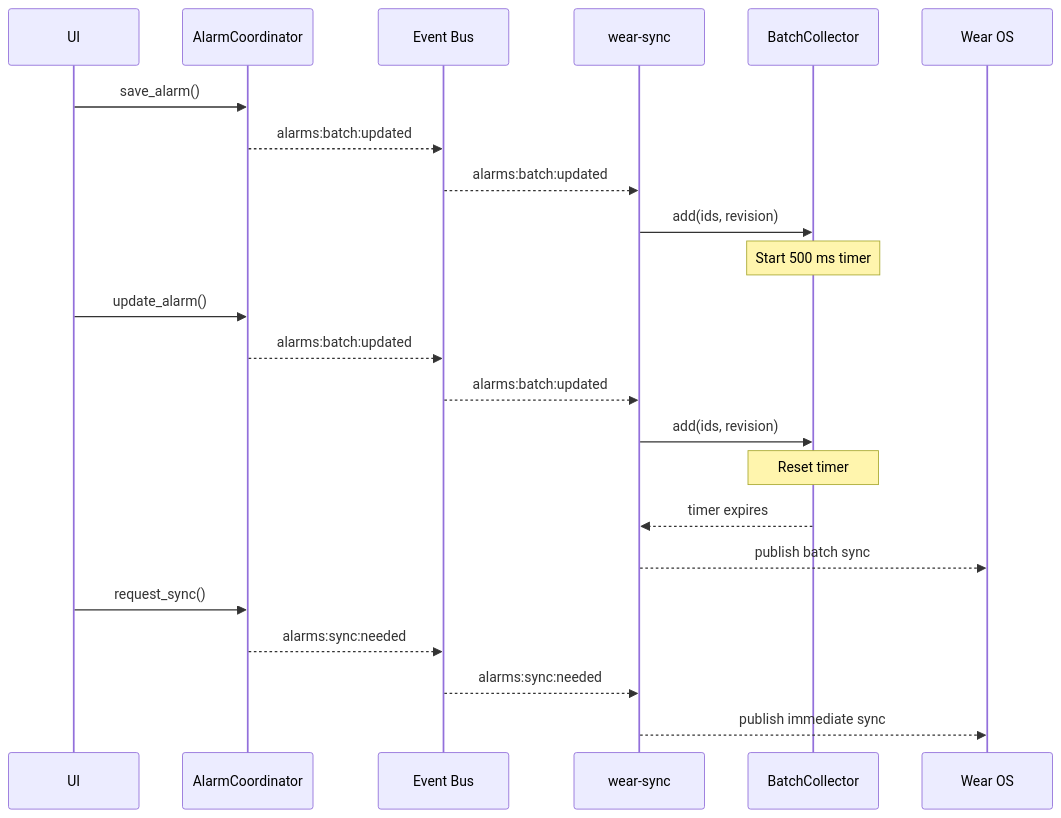
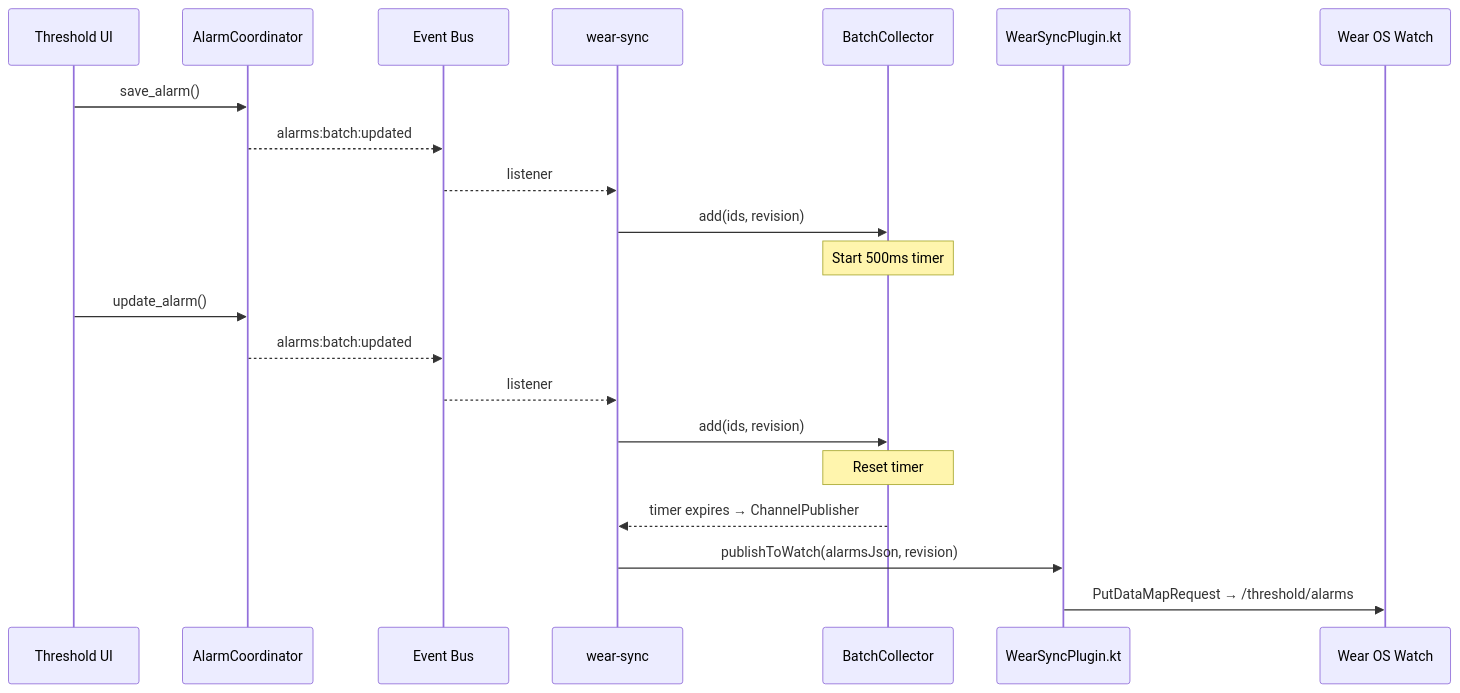
One commit to liminal-hq/threshold changed the second of 3 diagrams in plugins/wear-sync/README.md. Above: the diagram before and after it, drawn with Mermaid. The commit also changed other lines of this file and 1 other file, not shown here.

First line of the commit message:
docs: rewrite READMEs with mermaid diagrams, Linux-first setup, and devcontainer

````diff
--- a/plugins/wear-sync/README.md
+++ b/plugins/wear-sync/README.md
@@ -54,29 +59,26 @@
 ```mermaid
 sequenceDiagram
-    participant UI as UI
-    participant Core as AlarmCoordinator
+    participant UI as Threshold UI
+    participant Coord as AlarmCoordinator
     participant Bus as Event Bus
     participant WS as wear-sync
-    participant Collector as BatchCollector
-    participant Watch as Wear OS
+    participant BC as BatchCollector
+    participant KT as WearSyncPlugin.kt
+    participant Watch as Wear OS Watch
 
-    UI->>Core: save_alarm()
-    Core-->>Bus: alarms:batch:updated
-    Bus-->>WS: alarms:batch:updated
-    WS->>Collector: add(ids, revision)
-    Note over Collector: Start 500 ms timer
+    UI->>Coord: save_alarm()
+    Coord-->>Bus: alarms:batch:updated
+    Bus-->>WS: listener
+    WS->>BC: add(ids, revision)
+    Note over BC: Start 500ms timer
 
-    UI->>Core: update_alarm()
-    Core-->>Bus: alarms:batch:updated
-    Bus-->>WS: alarms:batch:updated
-    WS->>Collector: add(ids, revision)
-    Note over Collector: Reset timer
+    UI->>Coord: update_alarm()
+    Coord-->>Bus: alarms:batch:updated
+    Bus-->>WS: listener
+    WS->>BC: add(ids, revision)
+    Note over BC: Reset timer
 
-    Collector-->>WS: timer expires
-    WS-->>Watch: publish batch sync
-
-    UI->>Core: request_sync()
-    Core-->>Bus: alarms:sync:needed
-    Bus-->>WS: alarms:sync:needed
-    WS-->>Watch: publish immediate sync
+    BC-->>WS: timer expires → ChannelPublisher
+    WS->>KT: publishToWatch(alarmsJson, revision)
+    KT->>Watch: PutDataMapRequest → /threshold/alarms
 ```
````
